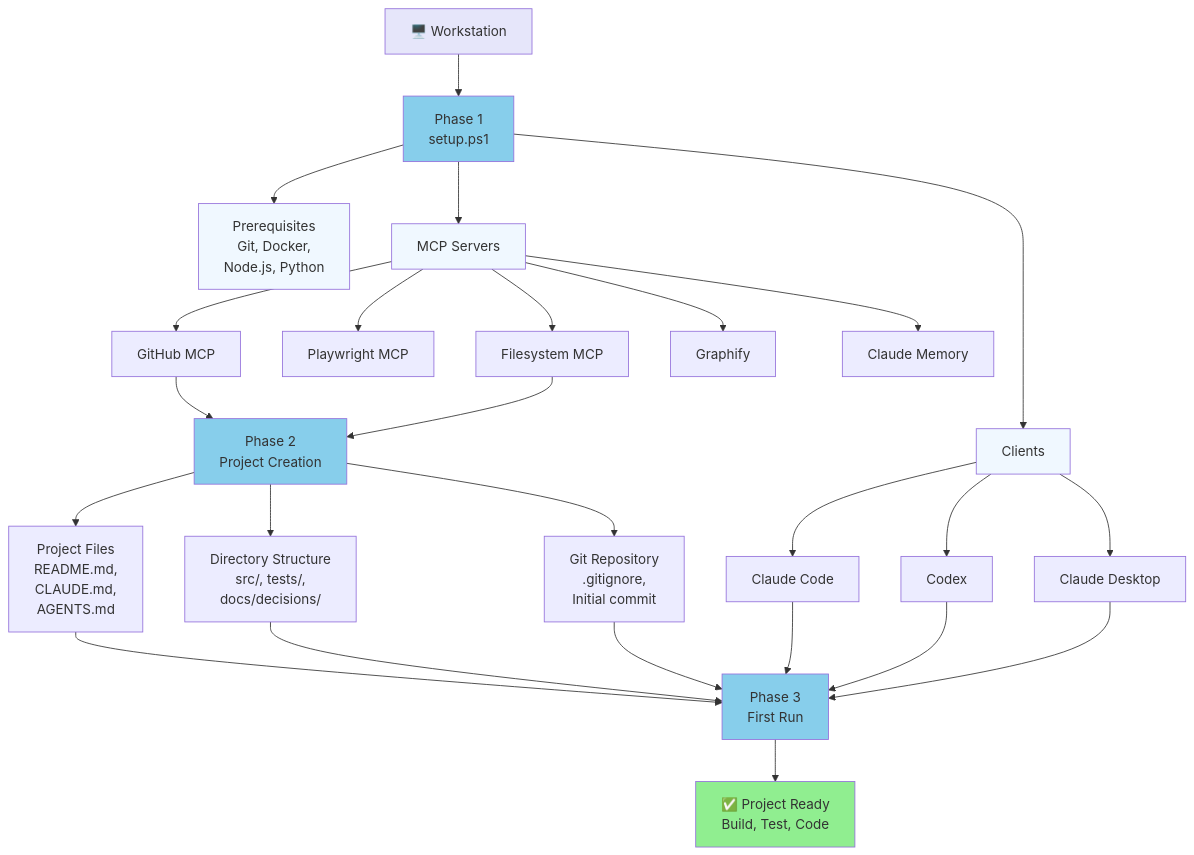
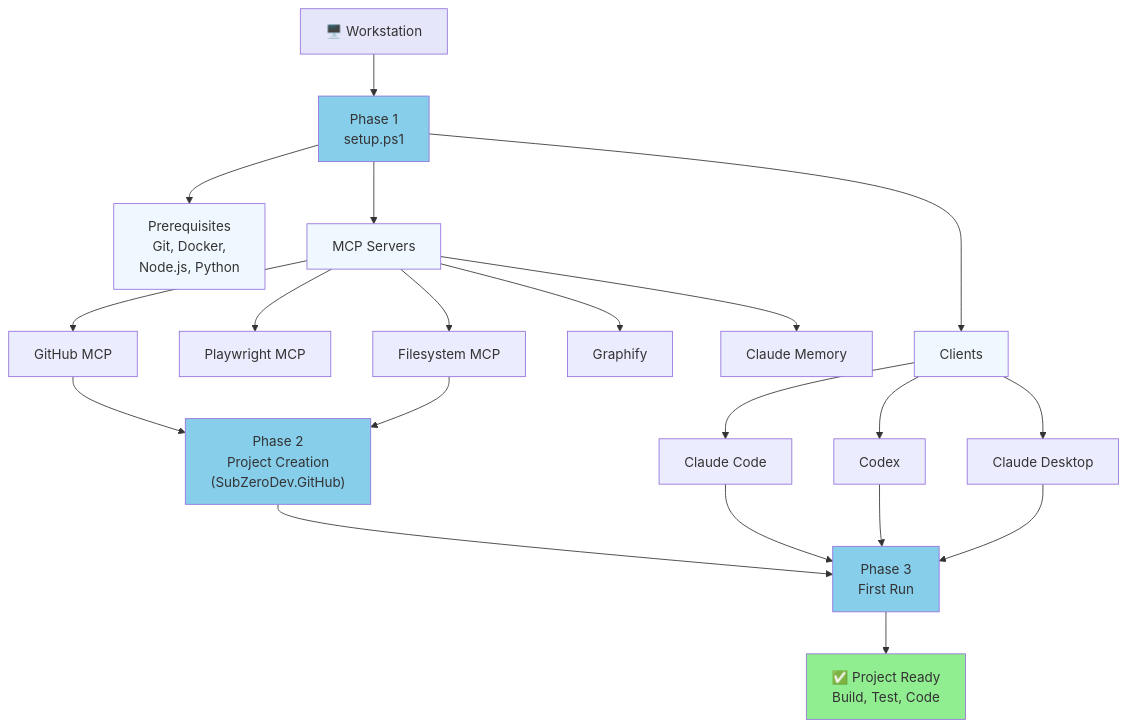
The sixth of 9 diagrams in setup-llm/docs/architecture/setup-flowcharts.md (The-Running-Dev/SubZeroDev.Workspace), drawn with Mermaid before and after one commit. The commit also changed other lines of this file and 56 other files, not shown here.

First line of the commit message:
Move project scaffolding to SubZeroDev.GitHub (#53)

````diff
--- a/setup-llm/docs/architecture/setup-flowcharts.md
+++ b/setup-llm/docs/architecture/setup-flowcharts.md
@@ -321,46 +224,40 @@
 ```mermaid
 graph TB
     WS["🖥️ Workstation"]
     
     WS --> Phase1["Phase 1<br/>setup.ps1"]
     
     Phase1 --> Prerequisites["Prerequisites<br/>Git, Docker,<br/>Node.js, Python"]
     Phase1 --> MCPServers["MCP Servers"]
     Phase1 --> Clients["Clients"]
     
     MCPServers --> GitHub["GitHub MCP"]
     MCPServers --> Playwright["Playwright MCP"]
     MCPServers --> Filesystem["Filesystem MCP"]
     MCPServers --> Graphify["Graphify"]
     MCPServers --> Memory["Claude Memory"]
     
     Clients --> Claude["Claude Code"]
     Clients --> Codex["Codex"]
     Clients --> Desktop["Claude Desktop"]
     
-    GitHub --> ProjectCreation["Phase 2<br/>Project Creation"]
+    GitHub --> ProjectCreation["Phase 2<br/>Project Creation<br/>(SubZeroDev.GitHub)"]
     Filesystem --> ProjectCreation
     
-    ProjectCreation --> Structure["Directory Structure<br/>src/, tests/,<br/>docs/decisions/"]
-    ProjectCreation --> Files["Project Files<br/>README.md,<br/>CLAUDE.md,<br/>AGENTS.md"]
-    ProjectCreation --> Git["Git Repository<br/>.gitignore,<br/>Initial commit"]
-    
-    Files --> FirstRun["Phase 3<br/>First Run"]
-    Structure --> FirstRun
-    Git --> FirstRun
+    ProjectCreation --> FirstRun["Phase 3<br/>First Run"]
     
     Claude --> FirstRun
     Codex --> FirstRun
     Desktop --> FirstRun
     
     FirstRun --> Ready["✅ Project Ready<br/>Build, Test, Code"]
     
     style WS fill:#E6E6FA
     style Phase1 fill:#87CEEB
     style ProjectCreation fill:#87CEEB
     style FirstRun fill:#87CEEB
     style Ready fill:#90EE90
     style Prerequisites fill:#F0F8FF
     style MCPServers fill:#F0F8FF
     style Clients fill:#F0F8FF
 ```
````
